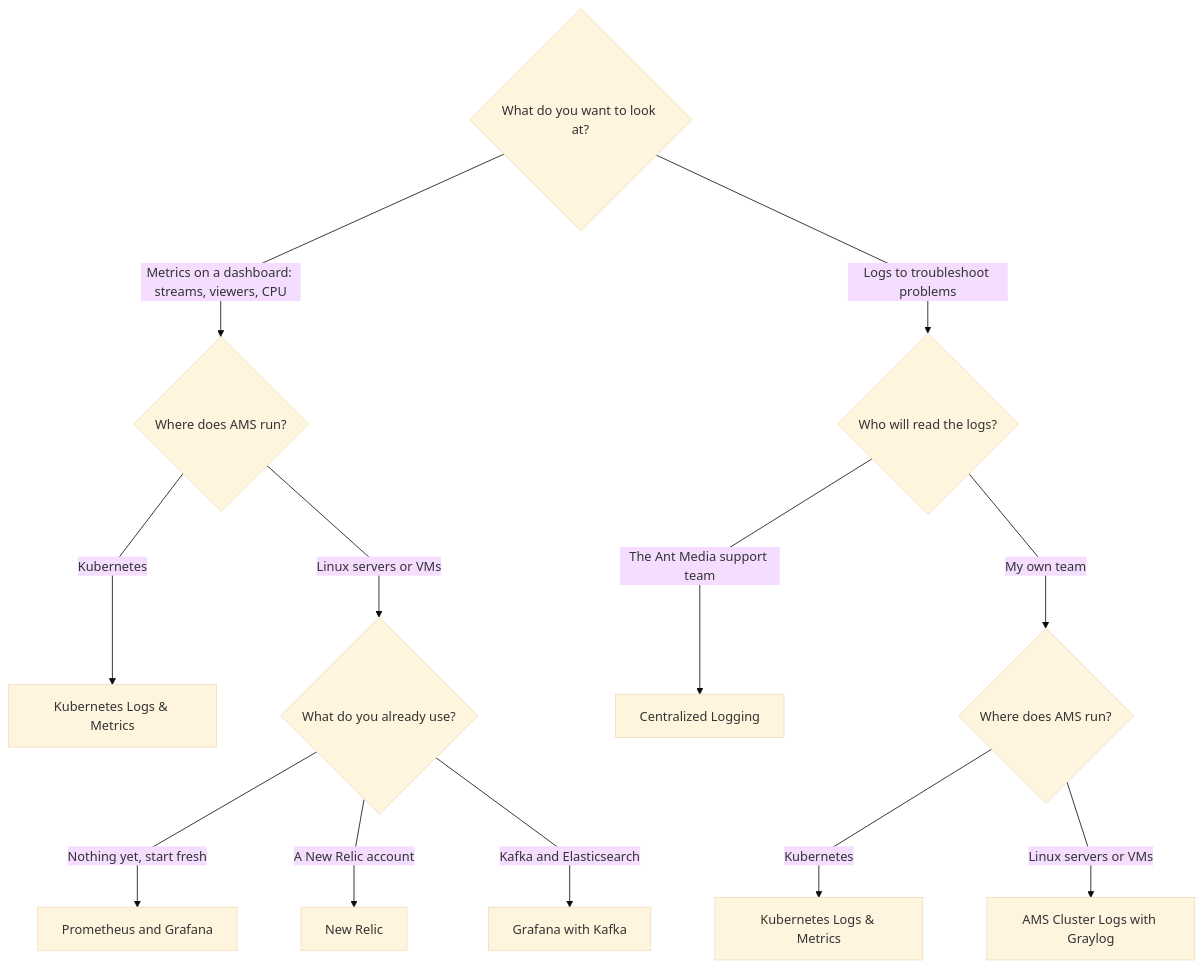
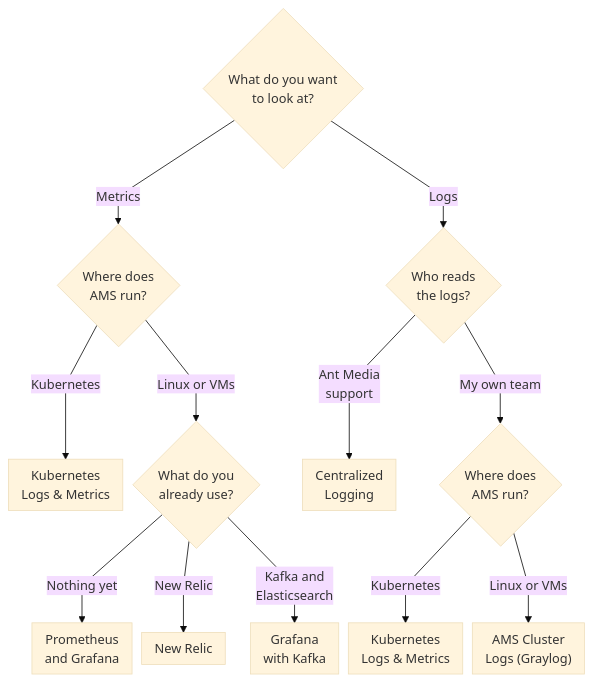
One commit to ant-media/ant-media-documentation changed the diagram in docs/guides/monitoring/which-monitoring-option-should-i-use.md. Above: the diagram before and after it, drawn with Mermaid (base theme). The commit also changed 1 other file, not shown here.

Commit message:
Make the monitoring decision tree readable at page width
The chart was 1533 px wide, so the page shrank it to about half size
and the text was hard to read. Shorter edge labels (the text above the
chart already explains metrics and logs), labels split over two lines,
and tighter spacing bring it to 769 px. It now shows at full size on
wide screens and at 90% on a 1280 px laptop, about twice the text size
of before.

````diff
--- a/docs/guides/monitoring/which-monitoring-option-should-i-use.md
+++ b/docs/guides/monitoring/which-monitoring-option-should-i-use.md
@@ -17,16 +17,16 @@
 ```mermaid
-%%{init: {'flowchart': {'curve': 'linear', 'nodeSpacing': 80, 'rankSpacing': 80}}}%%
+%%{init: {'flowchart': {'curve': 'linear', 'nodeSpacing': 12, 'rankSpacing': 45, 'padding': 8}}}%%
 flowchart TD
-    A{"What do you want to look at?"}
-    A -->|"Metrics on a dashboard: streams, viewers, CPU"| M{"Where does AMS run?"}
-    A -->|"Logs to troubleshoot problems"| L{"Who will read the logs?"}
-    M -->|"Kubernetes"| K8S["Kubernetes Logs & Metrics"]
-    M -->|"Linux servers or VMs"| MT{"What do you already use?"}
-    MT -->|"Nothing yet, start fresh"| PROM["Prometheus and Grafana"]
-    MT -->|"A New Relic account"| NR["New Relic"]
-    MT -->|"Kafka and Elasticsearch"| KAFKA["Grafana with Kafka"]
-    L -->|"The Ant Media support team"| CL["Centralized Logging"]
-    L -->|"My own team"| LW{"Where does AMS run?"}
-    LW -->|"Kubernetes"| K8S2["Kubernetes Logs & Metrics"]
-    LW -->|"Linux servers or VMs"| GL["AMS Cluster Logs with Graylog"]
+    A{"What do you want<br/>to look at?"}
+    A -->|"Metrics"| M{"Where does<br/>AMS run?"}
+    A -->|"Logs"| L{"Who reads<br/>the logs?"}
+    M -->|"Kubernetes"| K8S["Kubernetes<br/>Logs & Metrics"]
+    M -->|"Linux or VMs"| MT{"What do you<br/>already use?"}
+    MT -->|"Nothing yet"| PROM["Prometheus<br/>and Grafana"]
+    MT -->|"New Relic"| NR["New Relic"]
+    MT -->|"Kafka and<br/>Elasticsearch"| KAFKA["Grafana<br/>with Kafka"]
+    L -->|"Ant Media<br/>support"| CL["Centralized<br/>Logging"]
+    L -->|"My own team"| LW{"Where does<br/>AMS run?"}
+    LW -->|"Kubernetes"| K8S2["Kubernetes<br/>Logs & Metrics"]
+    LW -->|"Linux or VMs"| GL["AMS Cluster<br/>Logs (Graylog)"]
 ```
````
